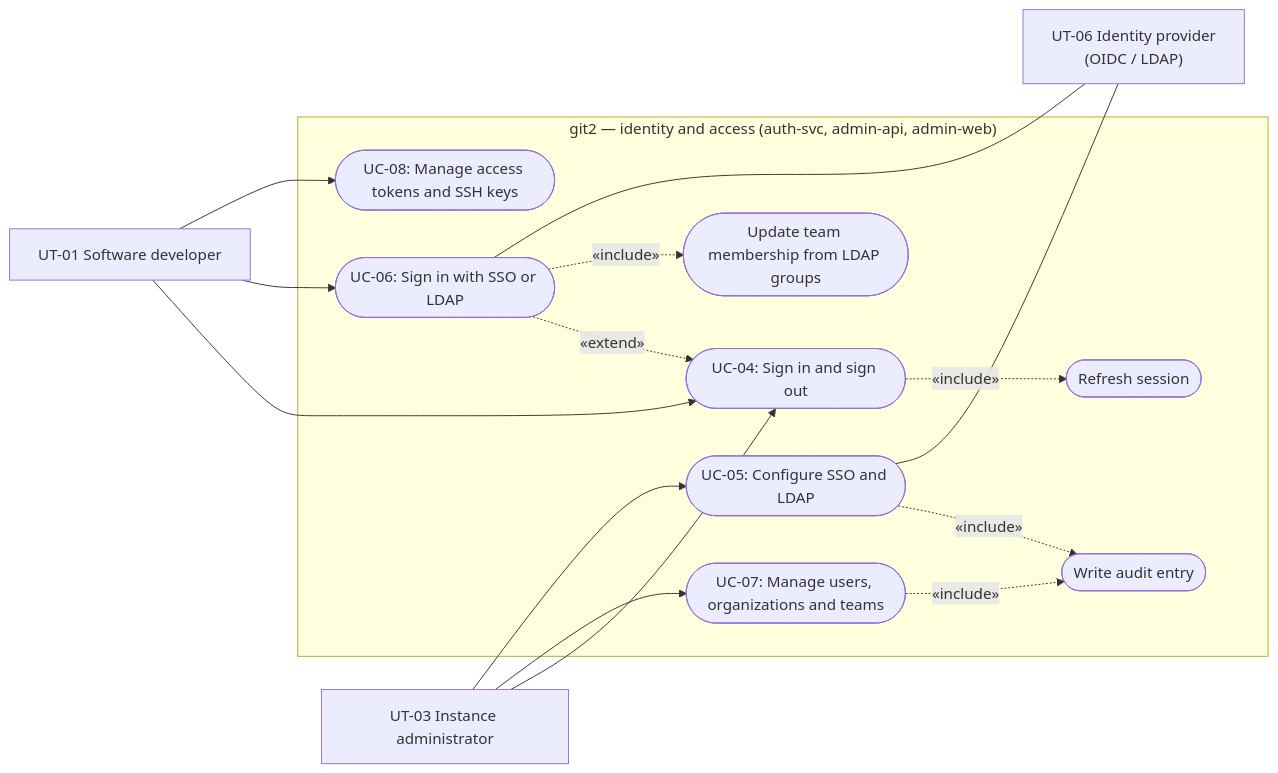
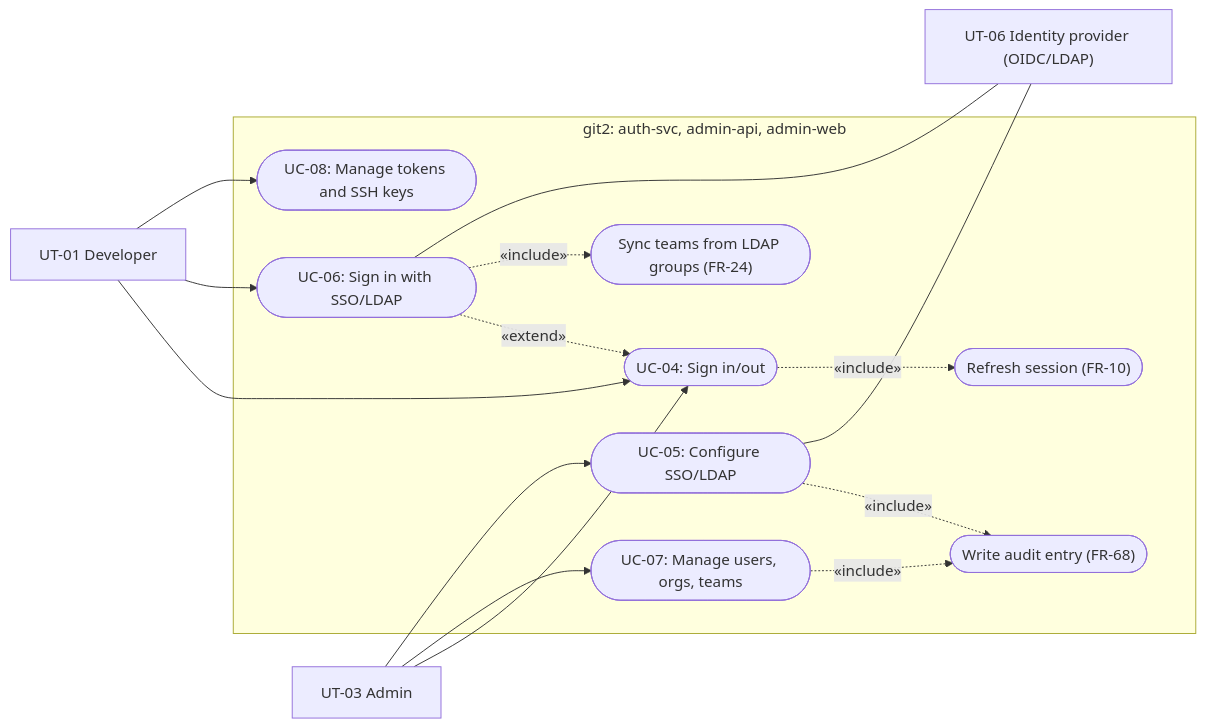
One commit to git2-project/git2 changed the second of 13 diagrams in docs/project_docs/to_customer/RequirementsSpecification.md. Above: the diagram before and after it, drawn with Mermaid. The commit also changed other lines of this file, not shown here.

First line of the commit message:
docs(req-spec): bring the reviewed Spec from PR #33 to dev/main

````diff
--- a/docs/project_docs/to_customer/RequirementsSpecification.md
+++ b/docs/project_docs/to_customer/RequirementsSpecification.md
@@ -617,31 +497,27 @@
 ```mermaid
 flowchart LR
-    Dev["UT-01 Software developer"]
-    Admin["UT-03 Instance administrator"]
-    IdP["UT-06 Identity provider<br/>(OIDC / LDAP)"]
+    Dev["UT-01 Developer"]
+    Admin["UT-03 Admin"]
+    IdP["UT-06 Identity provider (OIDC/LDAP)"]
 
-    subgraph System["git2 — identity and access (auth-svc, admin-api, admin-web)"]
-        UC04(["UC-04: Sign in and sign out"])
-        UC06(["UC-06: Sign in with SSO or LDAP"])
-        UC08(["UC-08: Manage access tokens and SSH keys"])
-        UC07(["UC-07: Manage users, organizations and teams"])
-        UC05(["UC-05: Configure SSO and LDAP"])
-        Refresh(["Refresh session"])
-        Sync(["Update team membership from LDAP groups"])
-        Audit(["Write audit entry"])
+    subgraph System["git2: auth-svc, admin-api, admin-web"]
+        UC04(["UC-04: Sign in/out"])
+        UC06(["UC-06: Sign in with SSO/LDAP"])
+        UC08(["UC-08: Manage tokens and SSH keys"])
+        UC07(["UC-07: Manage users, orgs, teams"])
+        UC05(["UC-05: Configure SSO/LDAP"])
+        Refresh(["Refresh session (FR-10)"])
+        Sync(["Sync teams from LDAP groups (FR-24)"])
+        Audit(["Write audit entry (FR-68)"])
     end
 
-    Dev --> UC04
-    Dev --> UC06
-    Dev --> UC08
-    Admin --> UC04
-    Admin --> UC07
-    Admin --> UC05
+    Dev --> UC04 & UC06 & UC08
+    Admin --> UC04 & UC07 & UC05
     UC06 -.->|«extend»| UC04
     UC04 -.->|«include»| Refresh
     UC06 -.->|«include»| Sync
     UC07 -.->|«include»| Audit
     UC05 -.->|«include»| Audit
     UC05 --- IdP
     UC06 --- IdP
 ```
````
